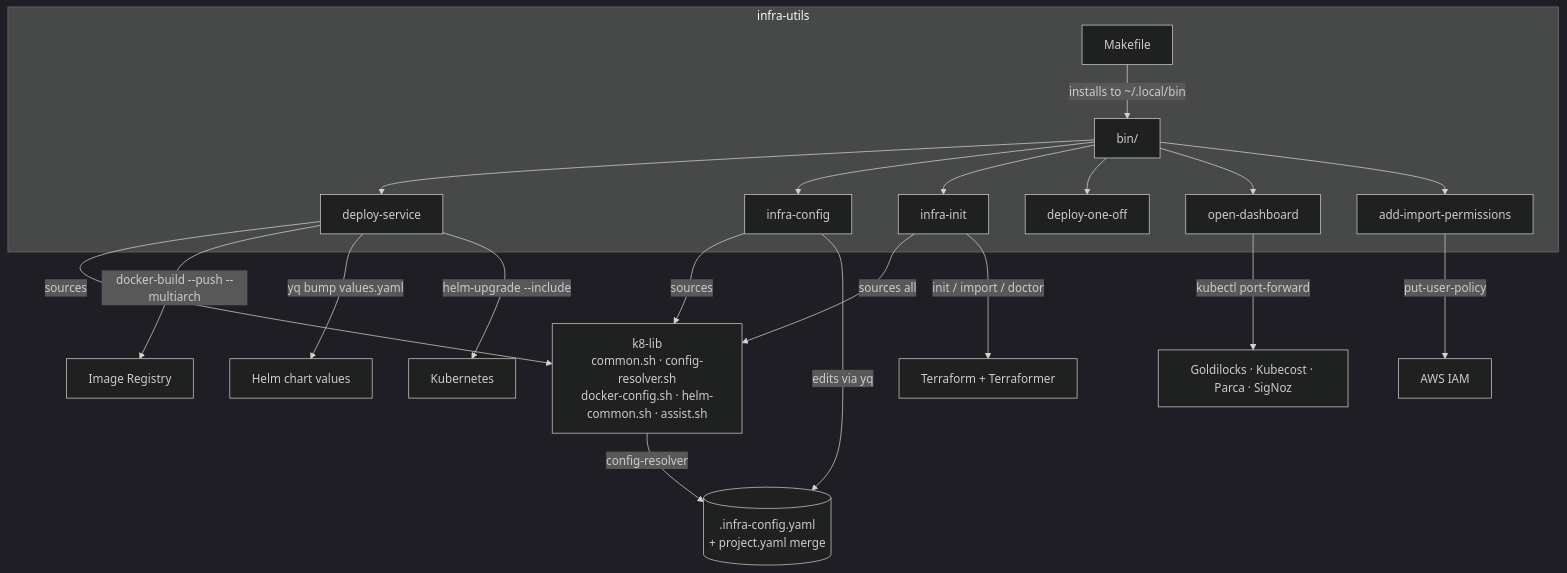
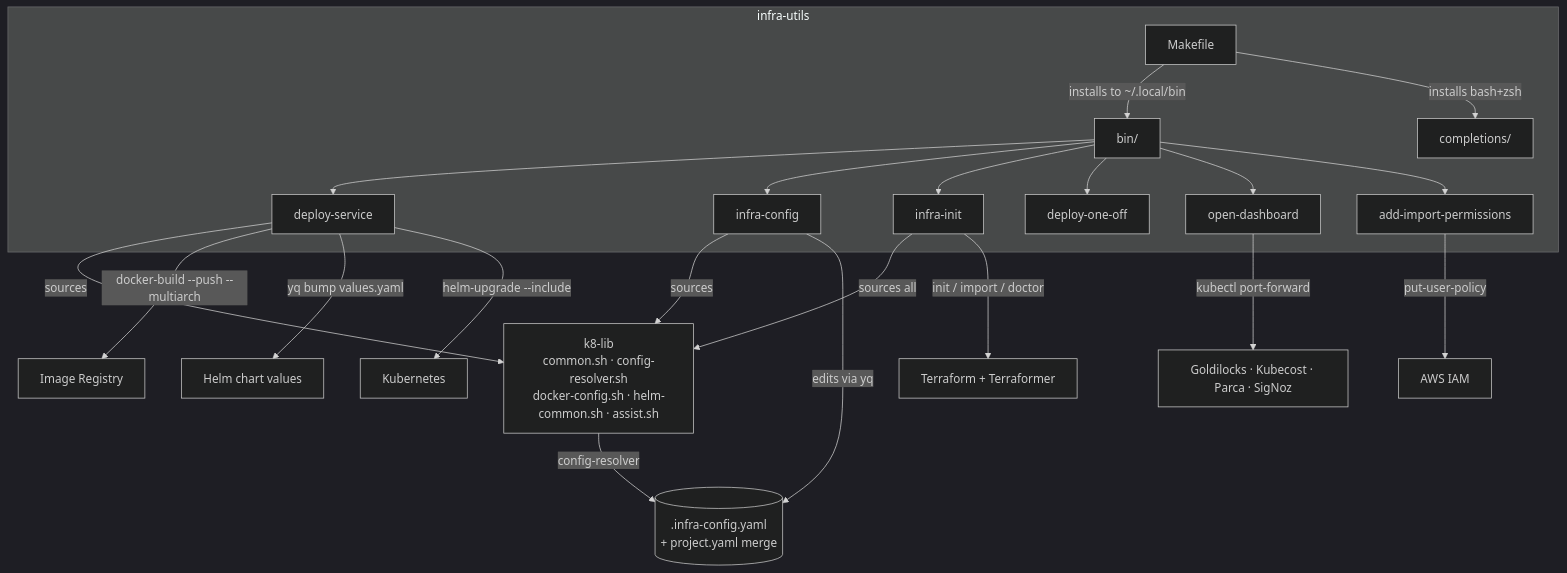
The diagram in docs/PROJ-ARCH.md (the-robot-lives/infra-tools), drawn with Mermaid (dark theme) before and after one commit. The commit also changed other lines of this file and 5 other files, not shown here.

Commit message:
docs: refresh PROJ-LAYOUT/SCHEMA/ARCH docs (2026-09-01 doc sweep)

````diff
--- a/docs/PROJ-ARCH.md
+++ b/docs/PROJ-ARCH.md
@@ -19,28 +22,29 @@
 ```mermaid
 graph TB
     subgraph "infra-utils"
         M[Makefile] -->|installs to ~/.local/bin| BIN[bin/]
+        M -->|installs bash+zsh| COMP[completions/]
         BIN --> DS[deploy-service]
         BIN --> IC[infra-config]
         BIN --> II[infra-init]
         BIN --> DO[deploy-one-off]
         BIN --> OD[open-dashboard]
         BIN --> AP[add-import-permissions]
     end
 
     LIB[k8-lib<br/>common.sh · config-resolver.sh<br/>docker-config.sh · helm-common.sh · assist.sh]
     DS -->|sources| LIB
     IC -->|sources| LIB
     II -->|sources all| LIB
 
     CFG[(.infra-config.yaml<br/>+ project.yaml merge)]
     LIB -->|config-resolver| CFG
     IC -->|edits via yq| CFG
 
     DS -->|docker-build --push --multiarch| REG[Image Registry]
     DS -->|yq bump values.yaml| CHART[Helm chart values]
     DS -->|helm-upgrade --include| K8[Kubernetes]
     II -->|init / import / doctor| TF[Terraform + Terraformer]
     OD -->|kubectl port-forward| DASH[Goldilocks · Kubecost · Parca · SigNoz]
     AP -->|put-user-policy| AWS[AWS IAM]
 ```
````
